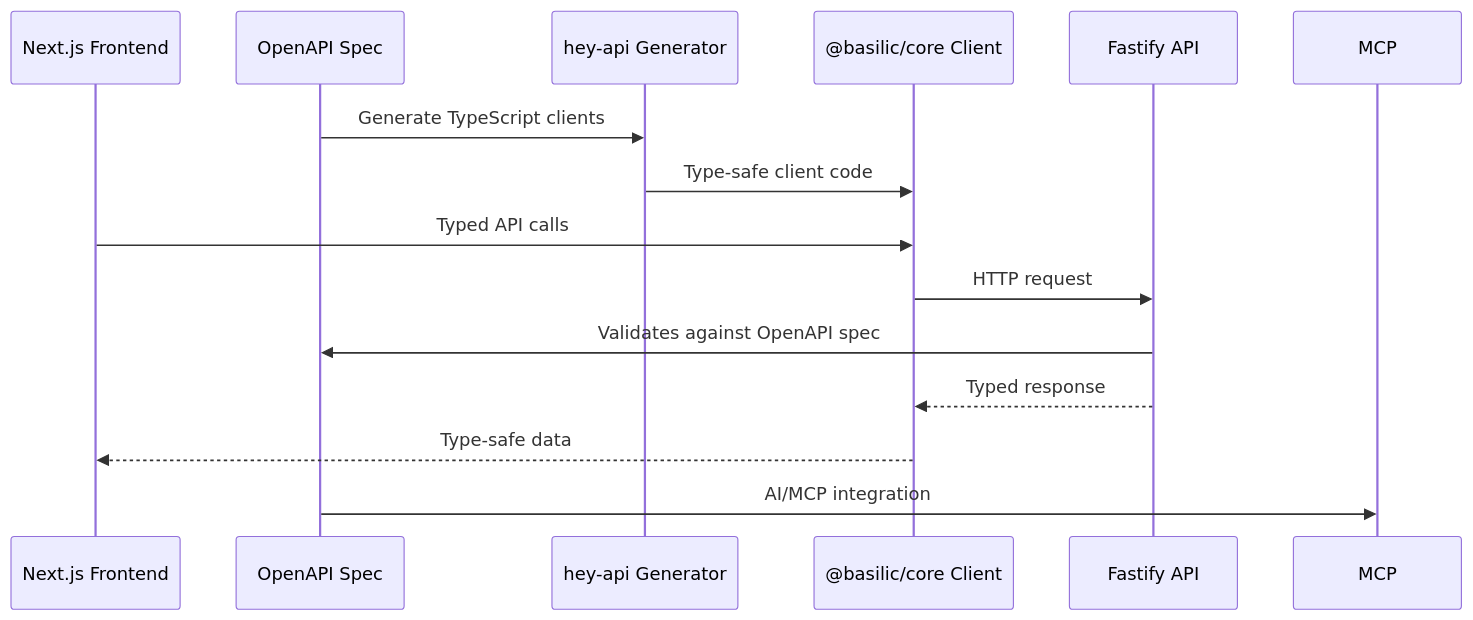
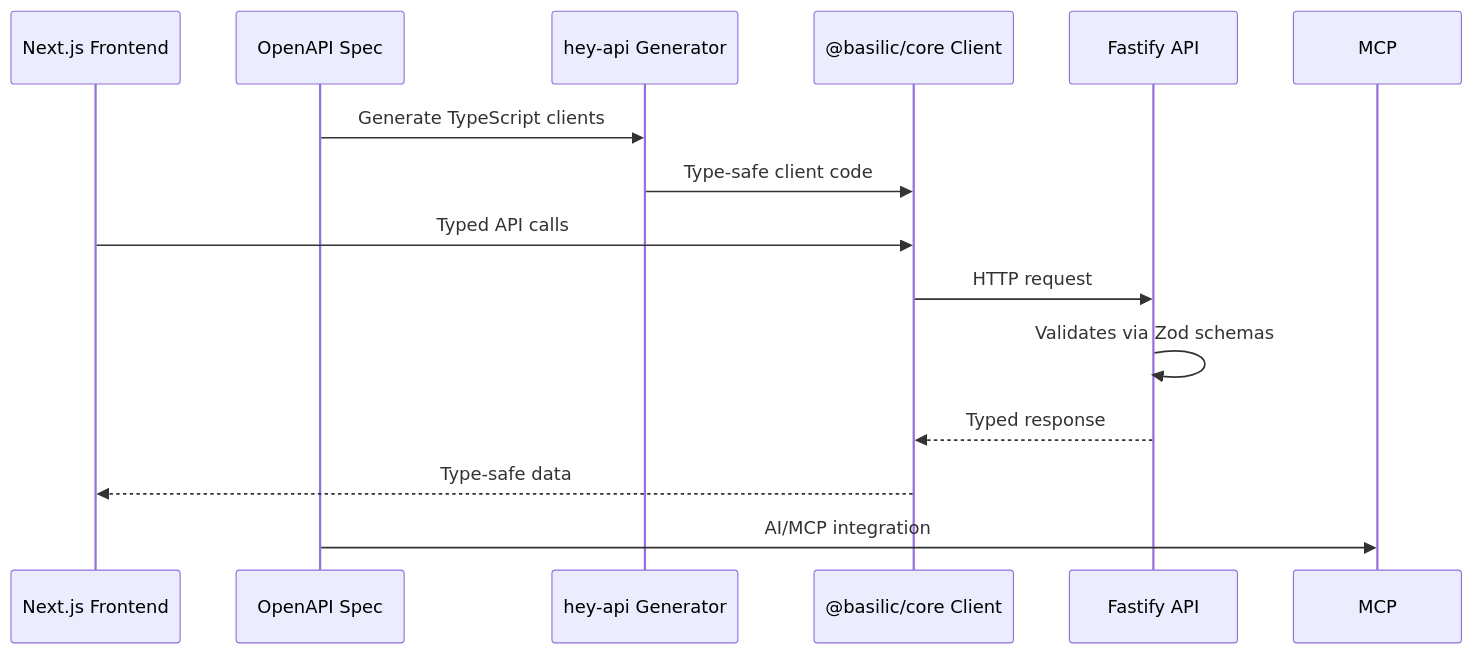
One commit to blockmatic/basilic-evm changed the diagram in apps/docs/content/docs/architecture/api-contracts.mdx. Above: the diagram before and after it, drawn with Mermaid. The commit also changed other lines of this file and 12 other files, not shown here.

````diff
--- a/apps/docs/content/docs/architecture/api-contracts.mdx
+++ b/apps/docs/content/docs/architecture/api-contracts.mdx
@@ -30,17 +30,17 @@
 ```mermaid
 sequenceDiagram
   participant Frontend as Next.js Frontend
   participant OpenAPI as OpenAPI Spec
   participant Generator as hey-api Generator
   participant Client as @basilic/core Client
   participant API as Fastify API
 
   OpenAPI->>Generator: Generate TypeScript clients
   Generator->>Client: Type-safe client code
   Frontend->>Client: Typed API calls
   Client->>API: HTTP request
-  API->>OpenAPI: Validates against OpenAPI spec
+  API->>API: Validates via Zod schemas
   API-->>Client: Typed response
   Client-->>Frontend: Type-safe data
   OpenAPI->>MCP: AI/MCP integration
 ```
````
